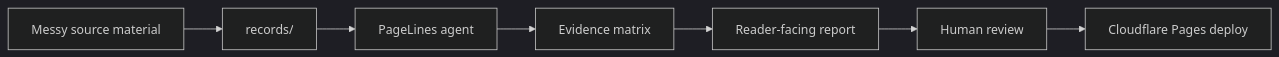
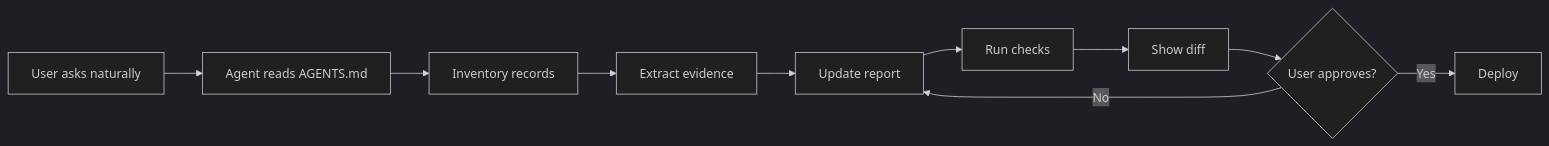
The diagram in index.md (PageLines/pl-report-kit), drawn with Mermaid (dark theme) before and after one commit. The commit also changed other lines of this file and 23 other files, not shown here.

Commit message:
Improve report kit privacy and demo flow

````diff
--- a/index.md
+++ b/index.md
@@ -83,9 +131,12 @@
 ```mermaid
 flowchart LR
-  A[Messy source material] --> B[records/]
-  B --> C[PageLines agent]
-  C --> D[Evidence matrix]
-  D --> E[Reader-facing report]
-  E --> F[Human review]
-  F --> G[Cloudflare Pages deploy]
+  A[User asks naturally] --> B[Agent reads AGENTS.md]
+  B --> C[Inventory records]
+  C --> D[Extract evidence]
+  D --> E[Update report]
+  E --> F[Run checks]
+  F --> G[Show diff]
+  G --> H{User approves?}
+  H -->|Yes| I[Deploy]
+  H -->|No| E
 ```
````
